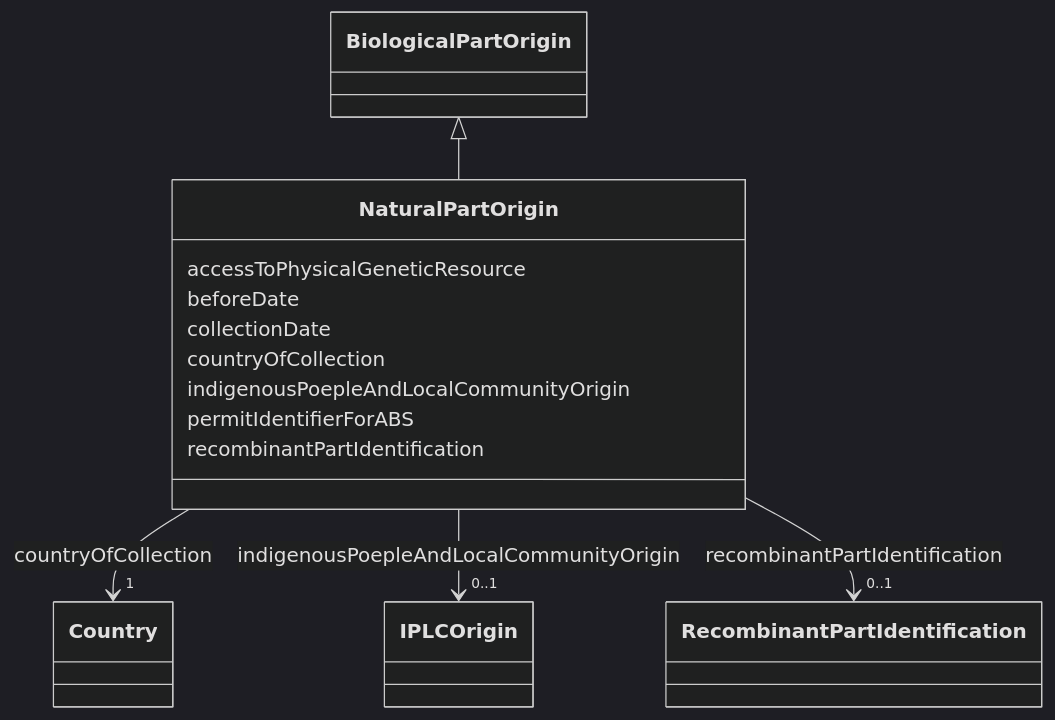
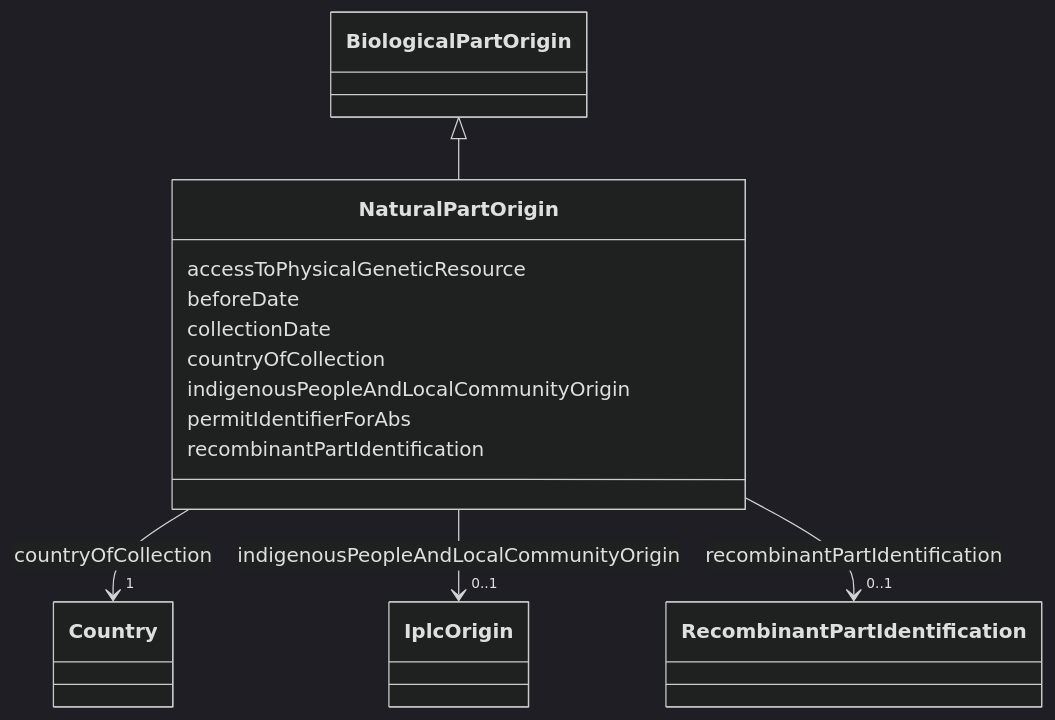
The diagram in models/docs/NaturalPartOrigin.md (EVORA-project/evora-ontology), drawn with Mermaid (dark theme) before and after one commit. The commit also changed other lines of this file and 650 other files, not shown here.

````diff
--- a/models/docs/NaturalPartOrigin.md
+++ b/models/docs/NaturalPartOrigin.md
@@ -19,44 +19,44 @@
 ```mermaid
  classDiagram
     class NaturalPartOrigin
     click NaturalPartOrigin href "../NaturalPartOrigin"
       BiologicalPartOrigin <|-- NaturalPartOrigin
         click BiologicalPartOrigin href "../BiologicalPartOrigin"
       
       NaturalPartOrigin : accessToPhysicalGeneticResource
         
       NaturalPartOrigin : beforeDate
         
       NaturalPartOrigin : collectionDate
         
       NaturalPartOrigin : countryOfCollection
         
           
     
     
     NaturalPartOrigin --> "1" Country : countryOfCollection
     click Country href "../Country"
 
         
-      NaturalPartOrigin : indigenousPoepleAndLocalCommunityOrigin
+      NaturalPartOrigin : indigenousPeopleAndLocalCommunityOrigin
         
           
     
     
-    NaturalPartOrigin --> "0..1" IPLCOrigin : indigenousPoepleAndLocalCommunityOrigin
-    click IPLCOrigin href "../IPLCOrigin"
+    NaturalPartOrigin --> "0..1" IplcOrigin : indigenousPeopleAndLocalCommunityOrigin
+    click IplcOrigin href "../IplcOrigin"
 
         
-      NaturalPartOrigin : permitIdentifierForABS
+      NaturalPartOrigin : permitIdentifierForAbs
         
       NaturalPartOrigin : recombinantPartIdentification
         
           
     
     
     NaturalPartOrigin --> "0..1" RecombinantPartIdentification : recombinantPartIdentification
     click RecombinantPartIdentification href "../RecombinantPartIdentification"
 
         
       
 ```
````
